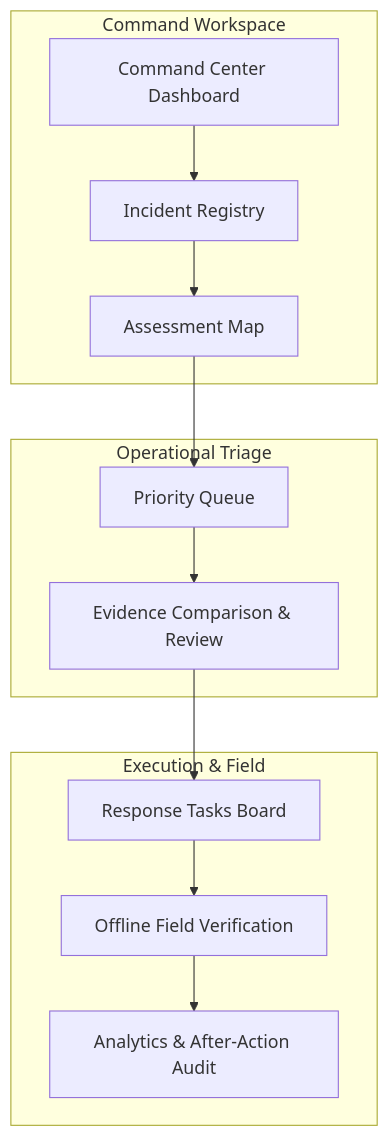
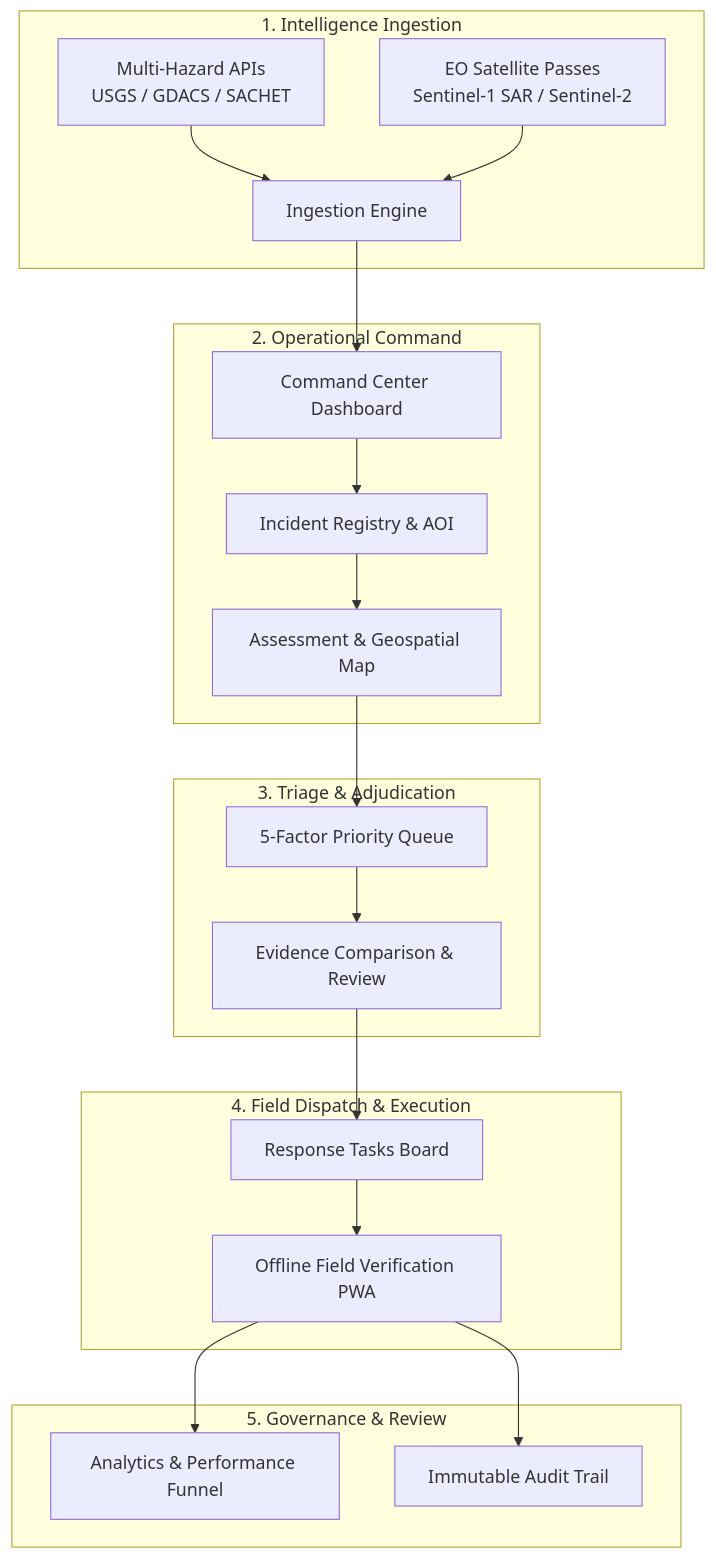
The diagram in docs/01-overview/product-overview.md (rohitkumarnaidu/Disaster-Intelligence-Response-OS), drawn with Mermaid before and after one commit. The commit also changed other lines of this file and 10 other files, not shown here.

````diff
--- a/docs/01-overview/product-overview.md
+++ b/docs/01-overview/product-overview.md
@@ -7,16 +14,28 @@
 ```mermaid
-graph TD
-    subgraph Command Workspace
-        A[Command Center Dashboard] --> B[Incident Registry]
-        B --> C[Assessment Map]
+flowchart TD
+    subgraph Ingestion["1. Intelligence Ingestion"]
+        A1[Multi-Hazard APIs<br/>USGS / GDACS / SACHET] --> A3[Ingestion Engine]
+        A2[EO Satellite Passes<br/>Sentinel-1 SAR / Sentinel-2] --> A3
     end
-    subgraph Operational Triage
-        C --> D[Priority Queue]
-        D --> E[Evidence Comparison & Review]
+
+    subgraph Command["2. Operational Command"]
+        A3 --> B1[Command Center Dashboard]
+        B1 --> B2[Incident Registry & AOI]
+        B2 --> B3[Assessment & Geospatial Map]
     end
-    subgraph Execution & Field
-        E --> F[Response Tasks Board]
-        F --> G[Offline Field Verification]
-        G --> H[Analytics & After-Action Audit]
+
+    subgraph Triage["3. Triage & Adjudication"]
+        B3 --> C1[5-Factor Priority Queue]
+        C1 --> C2[Evidence Comparison & Review]
+    end
+
+    subgraph Dispatch["4. Field Dispatch & Execution"]
+        C2 --> D1[Response Tasks Board]
+        D1 --> D2[Offline Field Verification PWA]
+    end
+
+    subgraph Governance["5. Governance & Review"]
+        D2 --> E1[Analytics & Performance Funnel]
+        D2 --> E2[Immutable Audit Trail]
     end
 ```
````
